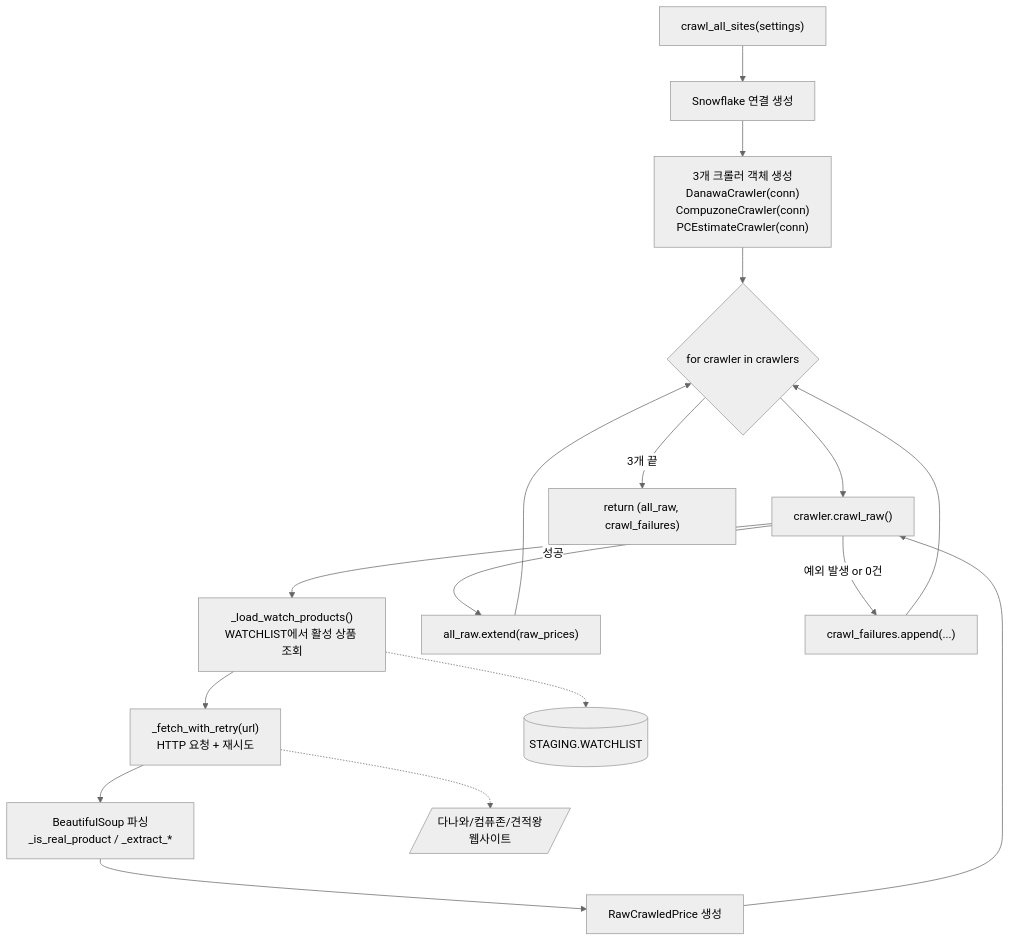
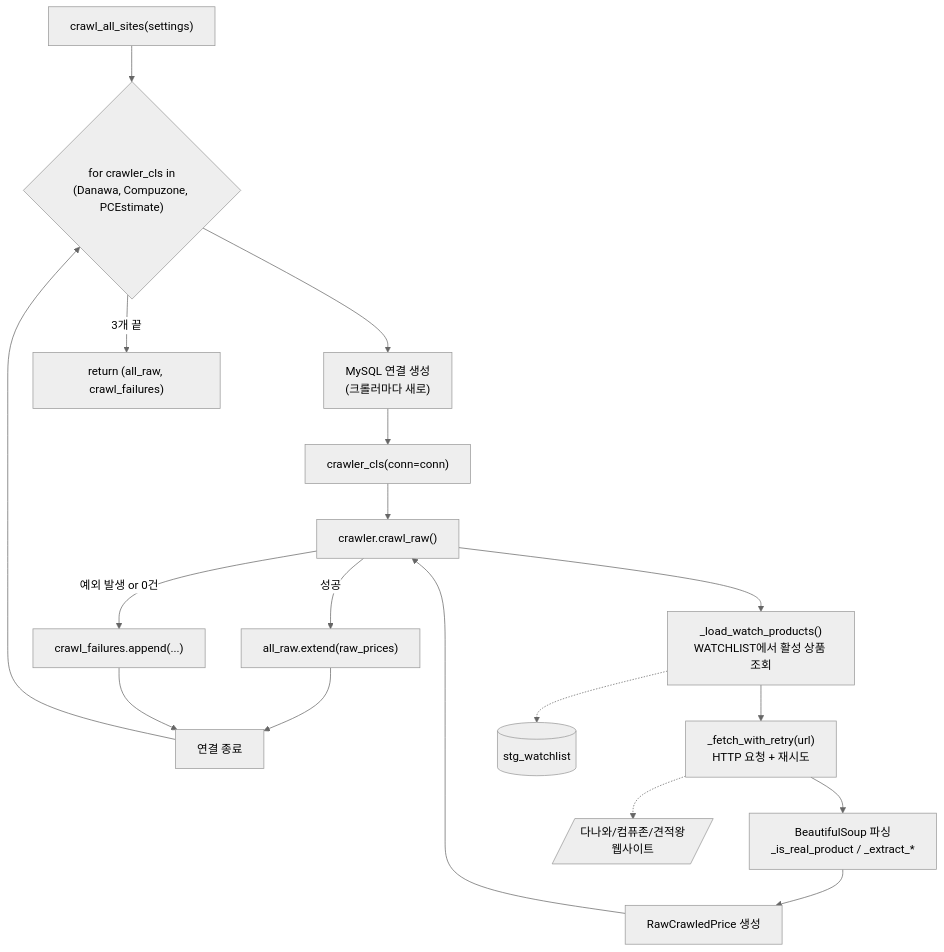
Before and after one commit to ssb3204/computer-price: the third of 3 diagrams in docs/pipeline_diagram.md, drawn with Mermaid (neutral theme). The commit also changed other lines of this file, not shown here.

Commit message:
docs: crawl_all_sites 흐름도를 크롤러별 커넥션 구조로 갱신
커넥션을 크롤러마다 열고 닫도록 바꾼 것을 반영한다. 같은 블록에 남아 있던
Snowflake / STAGING.WATCHLIST 표기도 현재 구조(MySQL, stg_watchlist)로 맞춘다.

````diff
--- a/docs/pipeline_diagram.md
+++ b/docs/pipeline_diagram.md
@@ -146,37 +146,39 @@
 ```mermaid
 flowchart TD
     START["crawl_all_sites(settings)"]
-    CONN["Snowflake 연결 생성"]
-    MAKE["3개 크롤러 객체 생성<br/>DanawaCrawler(conn)<br/>CompuzoneCrawler(conn)<br/>PCEstimateCrawler(conn)"]
 
-    LOOP{"for crawler in crawlers"}
+    LOOP{"for crawler_cls in<br/>(Danawa, Compuzone, PCEstimate)"}
+    CONN["MySQL 연결 생성<br/>(크롤러마다 새로)"]
+    MAKE["crawler_cls(conn=conn)"]
+    CLOSE["연결 종료"]
 
     CALL["crawler.crawl_raw()"]
     LWP["_load_watch_products()<br/>WATCHLIST에서 활성 상품 조회"]
     FETCH["_fetch_with_retry(url)<br/>HTTP 요청 + 재시도"]
     PARSE["BeautifulSoup 파싱<br/>_is_real_product / _extract_*"]
     RAW_OBJ["RawCrawledPrice 생성"]
 
     OK["all_raw.extend(raw_prices)"]
     FAIL["crawl_failures.append(...)"]
 
     RET["return (all_raw, crawl_failures)"]
 
-    WL[("STAGING.WATCHLIST")]
+    WL[("stg_watchlist")]
     SITE[/"다나와/컴퓨존/견적왕<br/>웹사이트"/]
 
-    START --> CONN --> MAKE --> LOOP
-    LOOP --> CALL
+    START --> LOOP
+    LOOP --> CONN --> MAKE --> CALL
     CALL --> LWP
     LWP -.-> WL
     LWP --> FETCH
     FETCH -.-> SITE
     FETCH --> PARSE
     PARSE --> RAW_OBJ
     RAW_OBJ --> CALL
     CALL -->|"성공"| OK
     CALL -->|"예외 발생 or 0건"| FAIL
-    OK --> LOOP
-    FAIL --> LOOP
+    OK --> CLOSE
+    FAIL --> CLOSE
+    CLOSE --> LOOP
     LOOP -->|"3개 끝"| RET
 ```
````
